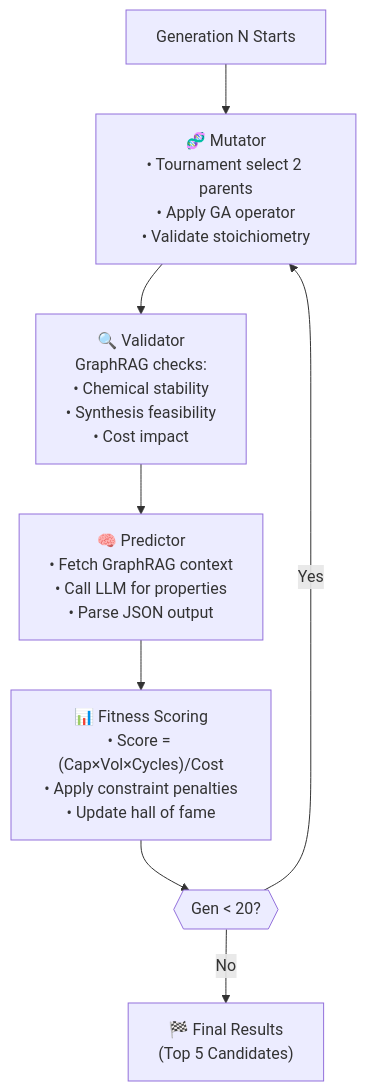
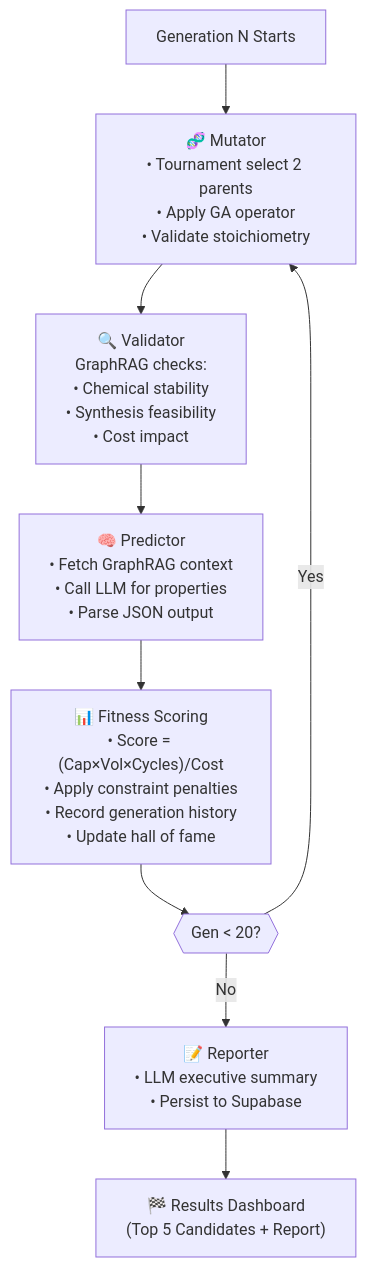
The eighth of 9 diagrams in README.md (Rahul-8283/AURA_Data_Driven), drawn with Mermaid before and after one commit. The commit also changed other lines of this file, not shown here.

````diff
--- a/README.md
+++ b/README.md
@@ -426,18 +604,20 @@
 ```mermaid
 graph TD
     Start["Generation N Starts"]
     Mutator["🧬 Mutator<br/>• Tournament select 2 parents<br/>• Apply GA operator<br/>• Validate stoichiometry"]
     Validator["🔍 Validator<br/>GraphRAG checks:<br/>• Chemical stability<br/>• Synthesis feasibility<br/>• Cost impact"]
     Predictor["🧠 Predictor<br/>• Fetch GraphRAG context<br/>• Call LLM for properties<br/>• Parse JSON output"]
-    Fitness["📊 Fitness Scoring<br/>• Score = (Cap×Vol×Cycles)/Cost<br/>• Apply constraint penalties<br/>• Update hall of fame"]
+    Fitness["📊 Fitness Scoring<br/>• Score = (Cap×Vol×Cycles)/Cost<br/>• Apply constraint penalties<br/>• Record generation history<br/>• Update hall of fame"]
     Check{{"Gen < 20?"}}
-    End["🏁 Final Results<br/>(Top 5 Candidates)"]
-    
+    Reporter["📝 Reporter<br/>• LLM executive summary<br/>• Persist to Supabase"]
+    End["🏁 Results Dashboard<br/>(Top 5 Candidates + Report)"]
+
     Start --> Mutator
     Mutator --> Validator
     Validator --> Predictor
     Predictor --> Fitness
     Fitness --> Check
     Check -->|Yes| Mutator
-    Check -->|No| End
+    Check -->|No| Reporter
+    Reporter --> End
 ```
````
